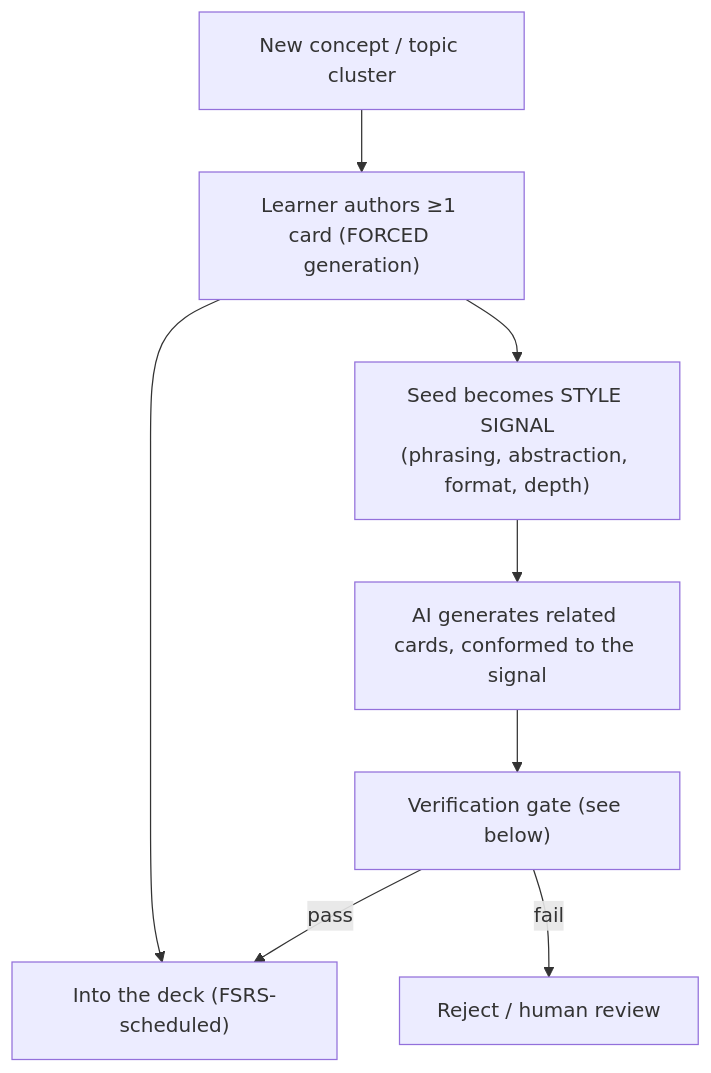
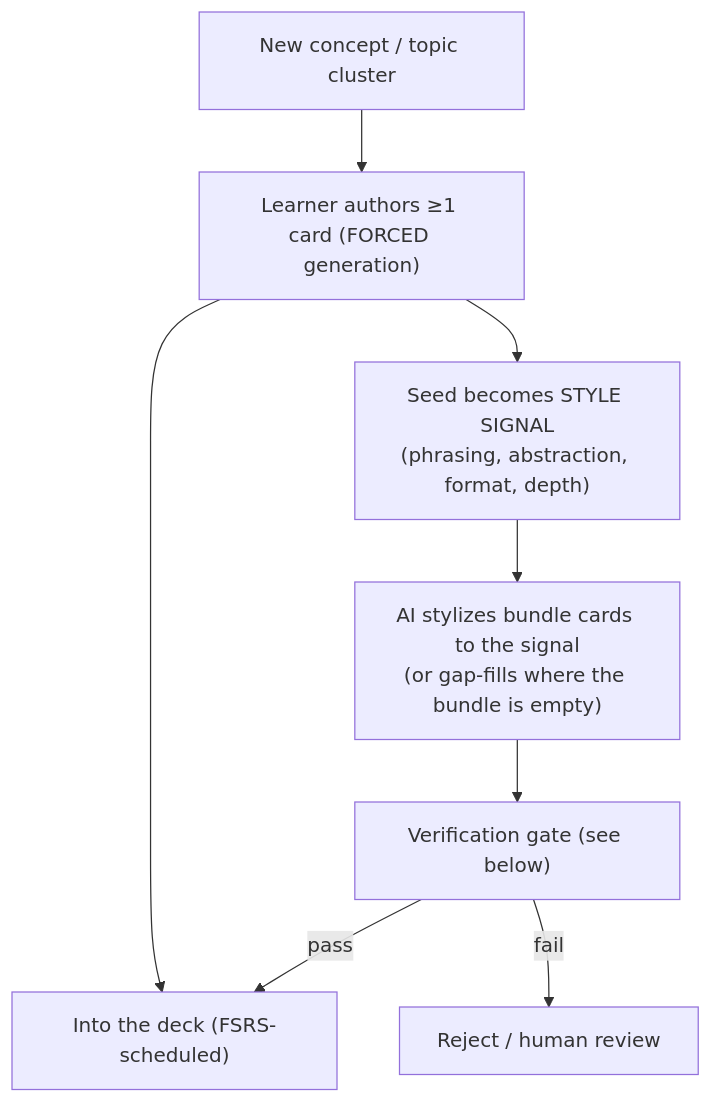
One commit to philote-dev/inka changed the fourth of 8 diagrams in docs_pgrep/research/feature-forced-generation.md. Above: the diagram before and after it, drawn with Mermaid. The commit also changed other lines of this file and 17 other files, not shown here.

````diff
--- a/docs_pgrep/research/feature-forced-generation.md
+++ b/docs_pgrep/research/feature-forced-generation.md
@@ -19,10 +81,10 @@
 ```mermaid
 flowchart TD
     New["New concept / topic cluster"] --> Seed["Learner authors ≥1 card (FORCED generation)"]
     Seed --> Sig["Seed becomes STYLE SIGNAL<br/>(phrasing, abstraction, format, depth)"]
-    Sig --> Gen["AI generates related cards, conformed to the signal"]
+    Sig --> Gen["AI stylizes bundle cards to the signal<br/>(or gap-fills where the bundle is empty)"]
     Gen --> Verify["Verification gate (see below)"]
     Verify -->|"pass"| Deck["Into the deck (FSRS-scheduled)"]
     Verify -->|"fail"| Rev["Reject / human review"]
     Seed --> Deck
 ```
````
